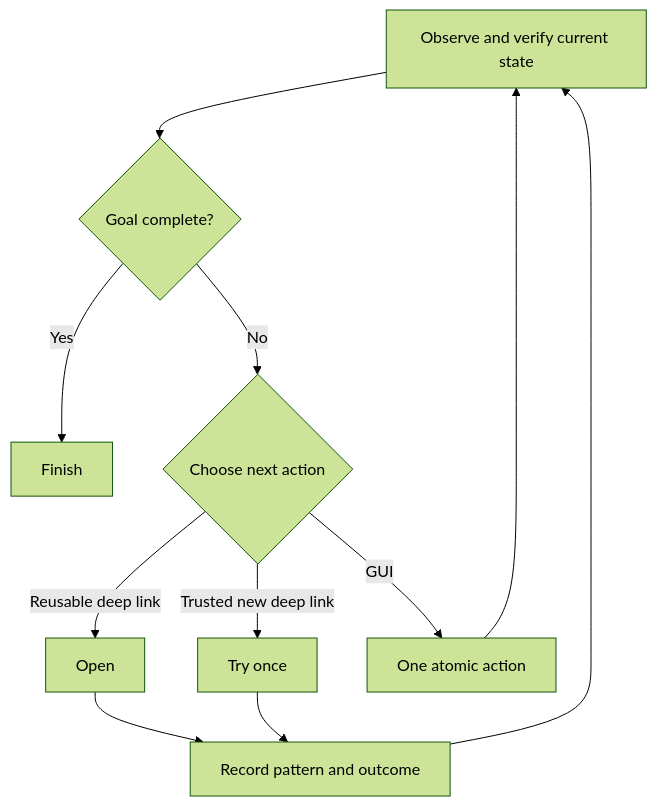
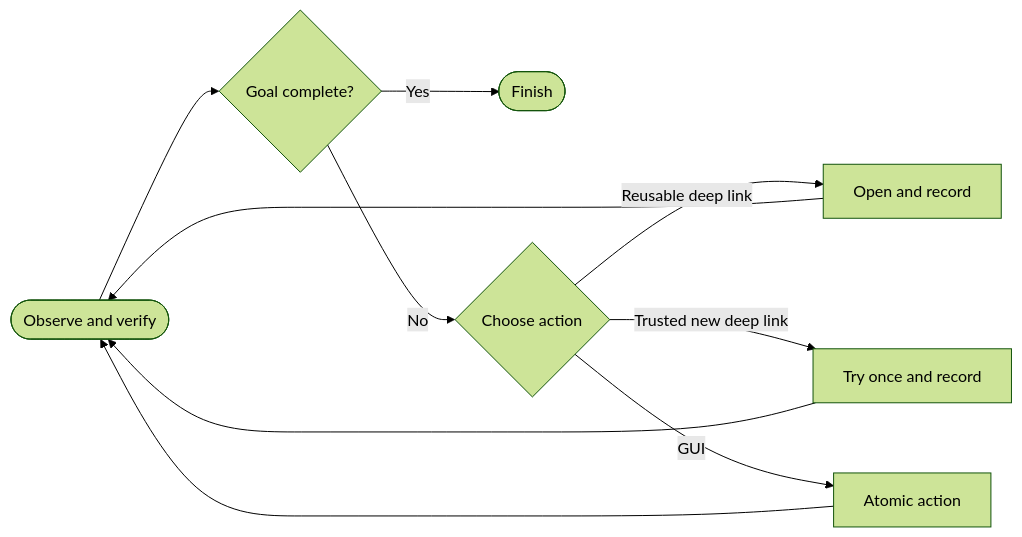
One commit to gpengzhi/mobile-skill changed the diagram in README.md. Above: the diagram before and after it, drawn with Mermaid (forest theme).

Commit message:
Compact the action loop diagram

````diff
--- a/README.md
+++ b/README.md
@@ -54,13 +54,10 @@
 ```mermaid
-flowchart TD
-    A[Observe and verify current state] --> B{Goal complete?}
-    B -- Yes --> C[Finish]
-    B -- No --> D{Choose next action}
-    D -- Reusable deep link --> E[Open]
-    D -- Trusted new deep link --> F[Try once]
-    D -- GUI --> G[One atomic action]
-    E --> H[Record pattern and outcome]
-    F --> H
-    H --> A
-    G --> A
+flowchart LR
+    O([Observe and verify]) --> Q{Goal complete?}
+    Q -- Yes --> X([Finish])
+    Q -- No --> A{Choose action}
+    A -- Reusable deep link --> D[Open and record]
+    A -- Trusted new deep link --> N[Try once and record]
+    A -- GUI --> G[Atomic action]
+    D & N & G --> O
 ```
````
